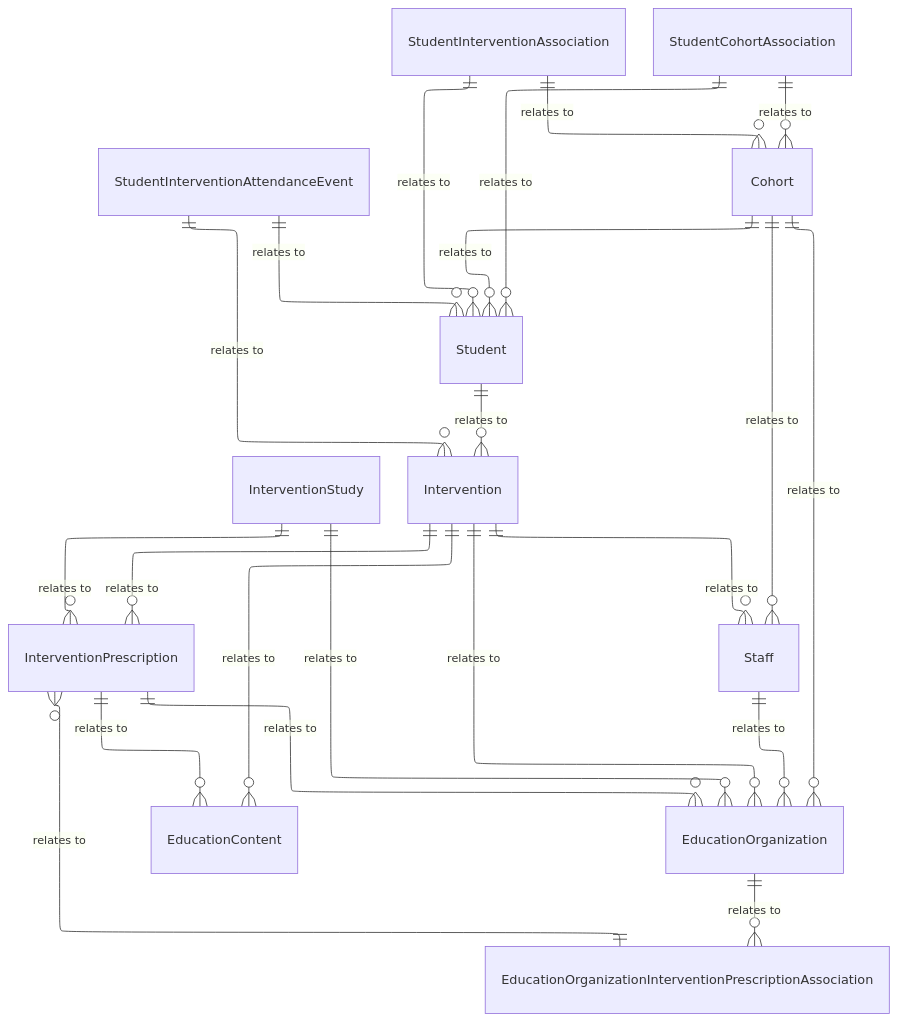
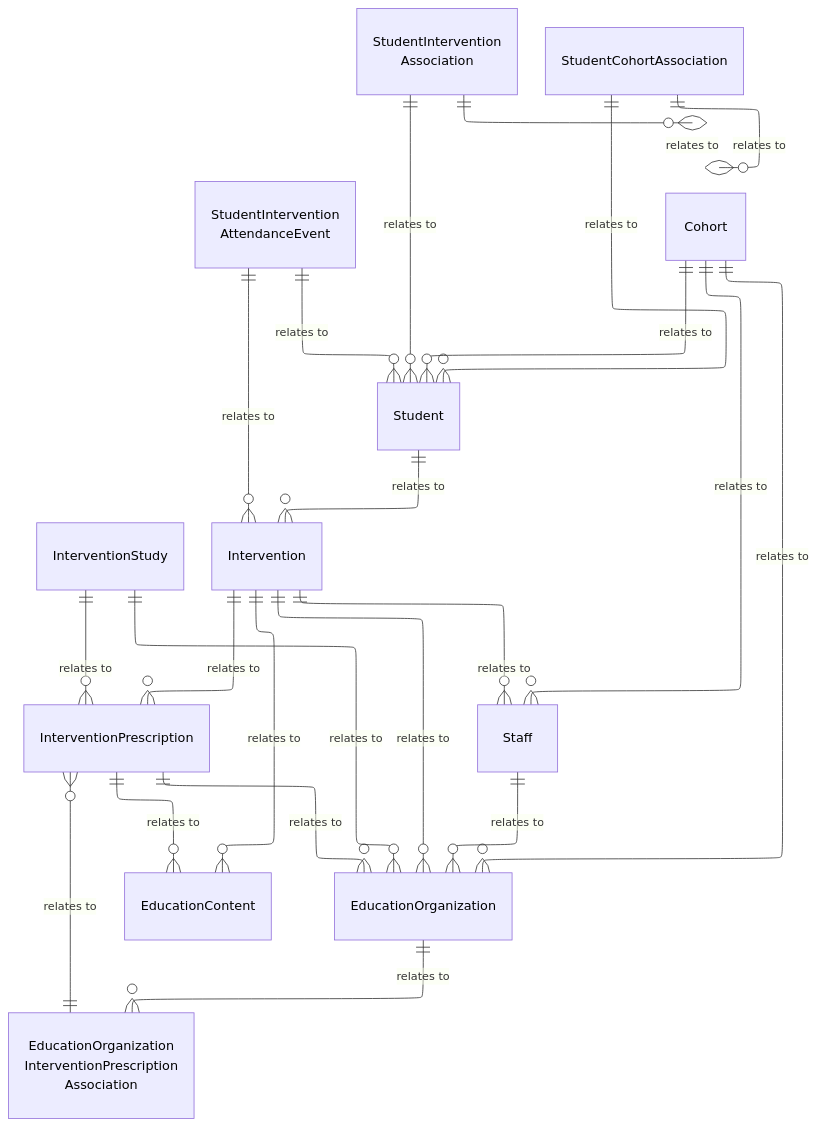
Before and after one commit to Ed-Fi-Alliance-OSS/ed-fi-alliance-oss.github.io: the diagram in dataStandard_versioned_docs/version-6/model-reference/intervention-domain/model-diagrams.md, drawn with Mermaid. The commit also changed 24 other files, not shown here.

````diff
--- a/dataStandard_versioned_docs/version-6/model-reference/intervention-domain/model-diagrams.md
+++ b/dataStandard_versioned_docs/version-6/model-reference/intervention-domain/model-diagrams.md
@@ -10,54 +10,64 @@
 ```mermaid
 ---
-
 config:
   layout: elk
 ---
-
 erDiagram
     InterventionStudy {
     }
     EducationContent {
     }
     InterventionPrescription {
     }
     Intervention {
     }
-    EducationOrganizationInterventionPrescriptionAssociation {
+    EducationOrganizationInterventionPrescriptionAssociation["EducationOrganization<br/>InterventionPrescription<br/>Association"] {
     }
-    StudentInterventionAssociation {
+    StudentInterventionAssociation["StudentIntervention<br/>Association"] {
     }
-    StudentInterventionAttendanceEvent {
+    StudentInterventionAttendanceEvent["StudentIntervention<br/>AttendanceEvent"] {
     }
     StudentCohortAssociation {
     }
     Cohort {
     }
     Student {
     }
     EducationOrganization {
     }
     Staff {
     }
     Intervention ||--o{ InterventionPrescription : "relates to"
     Intervention ||--o{ EducationContent : "relates to"
     Intervention ||--o{ EducationOrganization : "relates to"
     Intervention ||--o{ Staff : "relates to"
     InterventionPrescription ||--o{ EducationContent : "relates to"
     InterventionPrescription ||--o{ EducationOrganization : "relates to"
     InterventionStudy ||--o{ InterventionPrescription : "relates to"
     InterventionStudy ||--o{ EducationOrganization : "relates to"
     EducationOrganization ||--o{ EducationOrganizationInterventionPrescriptionAssociation : "relates to"
     EducationOrganizationInterventionPrescriptionAssociation ||--o{ InterventionPrescription : "relates to"
     Student ||--o{ Intervention : "relates to"
     StudentInterventionAssociation ||--o{ Student : "relates to"
     StudentInterventionAssociation ||--o{ Cohort : "relates to"
     StudentInterventionAttendanceEvent ||--o{ Student : "relates to"
     StudentInterventionAttendanceEvent ||--o{ Intervention : "relates to"
     StudentCohortAssociation ||--o{ Student : "relates to"
     StudentCohortAssociation ||--o{ Cohort : "relates to"
     Cohort ||--o{ EducationOrganization : "relates to"
     Cohort ||--o{ Student : "relates to"
     Cohort ||--o{ Staff : "relates to"
     Staff ||--o{ EducationOrganization : "relates to"
+    style InterventionStudy color:#000000
+    style EducationContent color:#000000
+    style InterventionPrescription color:#000000
+    style Intervention color:#000000
+    style EducationOrganizationInterventionPrescriptionAssociation color:#000000
+    style StudentInterventionAssociation color:#000000
+    style StudentInterventionAttendanceEvent color:#000000
+    style StudentCohortAssociation color:#000000
+    style Cohort color:#000000
+    style Student color:#000000
+    style EducationOrganization color:#000000
+    style Staff color:#000000
 ```
````
